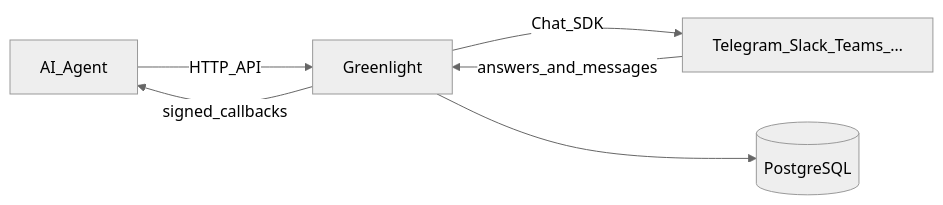
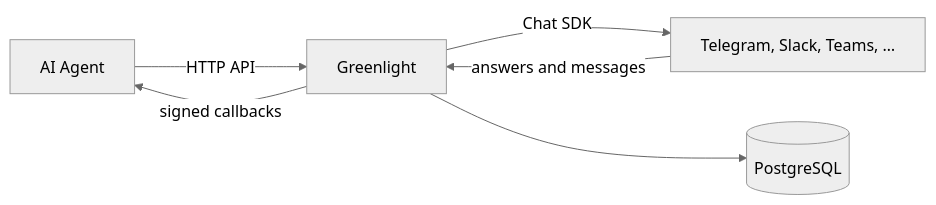
Before and after one commit to HashTerm/greenlight: the first of 3 diagrams in docs-site/content/getting-started/concepts.mdx, drawn with Mermaid. The commit also changed other lines of this file and 11 other files, not shown here.

First line of the commit message:
feat: add automation platforms guide and improve docs diagrams

````diff
--- a/docs-site/content/getting-started/concepts.mdx
+++ b/docs-site/content/getting-started/concepts.mdx
@@ -5,14 +5,14 @@
 ```mermaid
 %%{init: {'theme': 'neutral'}}%%
 flowchart LR
-  agent[AI_Agent]
+  agent[AI Agent]
   core[Greenlight]
   db[(PostgreSQL)]
-  chat[Telegram_Slack_Teams_…]
+  chat[Telegram, Slack, Teams, …]
 
-  agent -->|HTTP_API| core
-  core -->|Chat_SDK| chat
+  agent -->|HTTP API| core
+  core -->|Chat SDK| chat
   core --> db
-  chat -->|answers_and_messages| core
-  core -->|signed_callbacks| agent
+  chat -->|answers and messages| core
+  core -->|signed callbacks| agent
 ```
````
